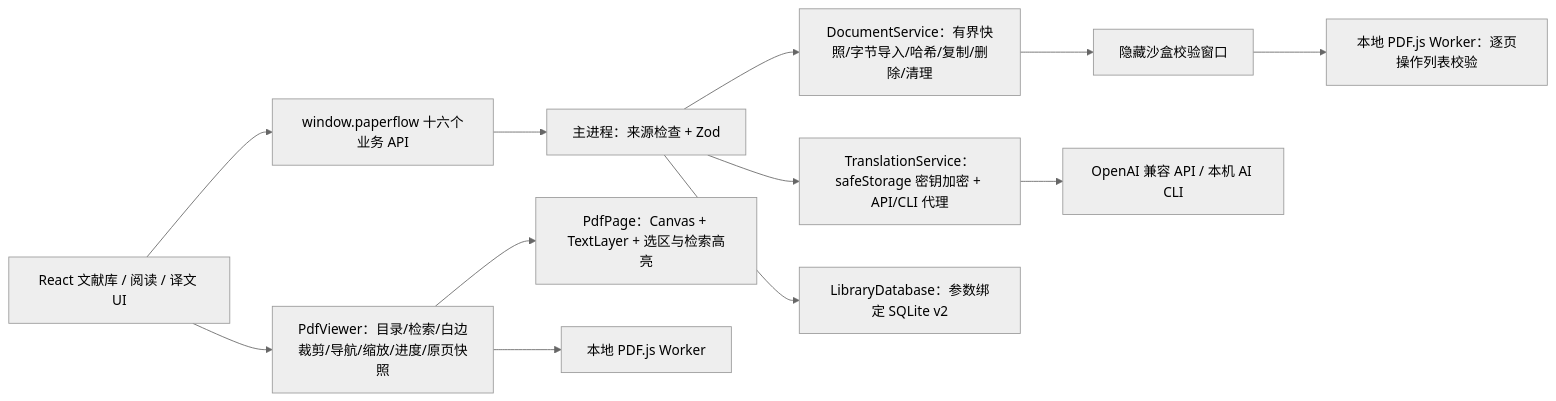
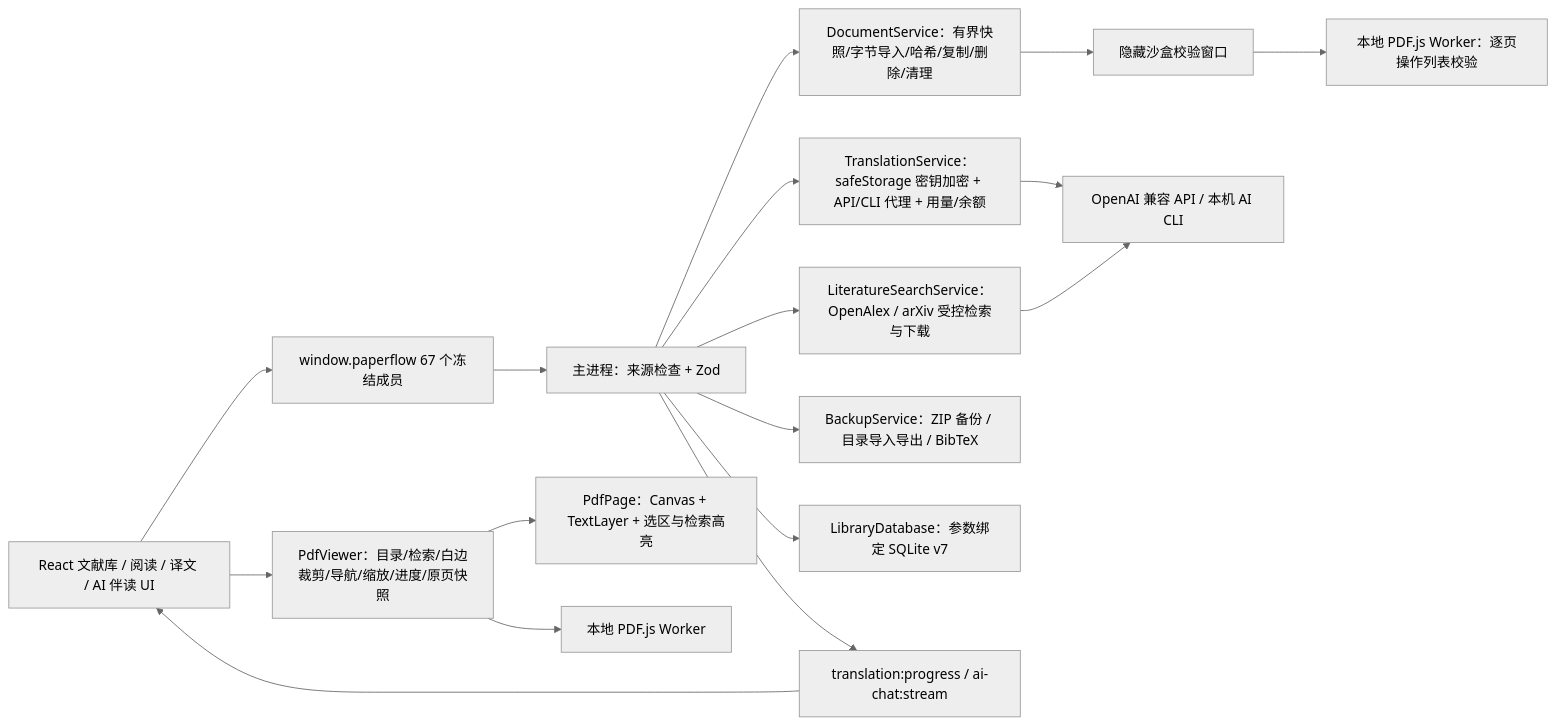
The diagram in docs/architecture.md (daizime/PaperFlow), drawn with Mermaid (neutral theme) before and after one commit. The commit also changed other lines of this file, not shown here.

Commit message:
docs: synchronize Foliopair architecture with v0.2.1

````diff
--- a/docs/architecture.md
+++ b/docs/architecture.md
@@ -11,14 +11,19 @@
 ```mermaid
 flowchart LR
-  UI[React 文献库 / 阅读 / 译文 UI] --> API[window.paperflow 十六个业务 API]
+  UI[React 文献库 / 阅读 / 译文 / AI 伴读 UI] --> API[window.paperflow 67 个冻结成员]
   API --> IPC[主进程：来源检查 + Zod]
   IPC --> DOC[DocumentService：有界快照/字节导入/哈希/复制/删除/清理]
-  IPC --> TRN[TranslationService：safeStorage 密钥加密 + API/CLI 代理]
-  IPC --> DB[LibraryDatabase：参数绑定 SQLite v2]
+  IPC --> TRN[TranslationService：safeStorage 密钥加密 + API/CLI 代理 + 用量/余额]
+  IPC --> LIT[LiteratureSearchService：OpenAlex / arXiv 受控检索与下载]
+  IPC --> BAK[BackupService：ZIP 备份 / 目录导入导出 / BibTeX]
+  IPC --> DB[LibraryDatabase：参数绑定 SQLite v7]
   DOC --> VALID[隐藏沙盒校验窗口]
   VALID --> VW[本地 PDF.js Worker：逐页操作列表校验]
   TRN --> EXT[OpenAI 兼容 API / 本机 AI CLI]
+  LIT --> EXT
+  IPC --> EVT[translation:progress / ai-chat:stream]
+  EVT --> UI
   UI --> READER[PdfViewer：目录/检索/白边裁剪/导航/缩放/进度/原页快照]
   READER --> PAGE[PdfPage：Canvas + TextLayer + 选区与检索高亮]
   READER --> RW[本地 PDF.js Worker]
 ```
````
